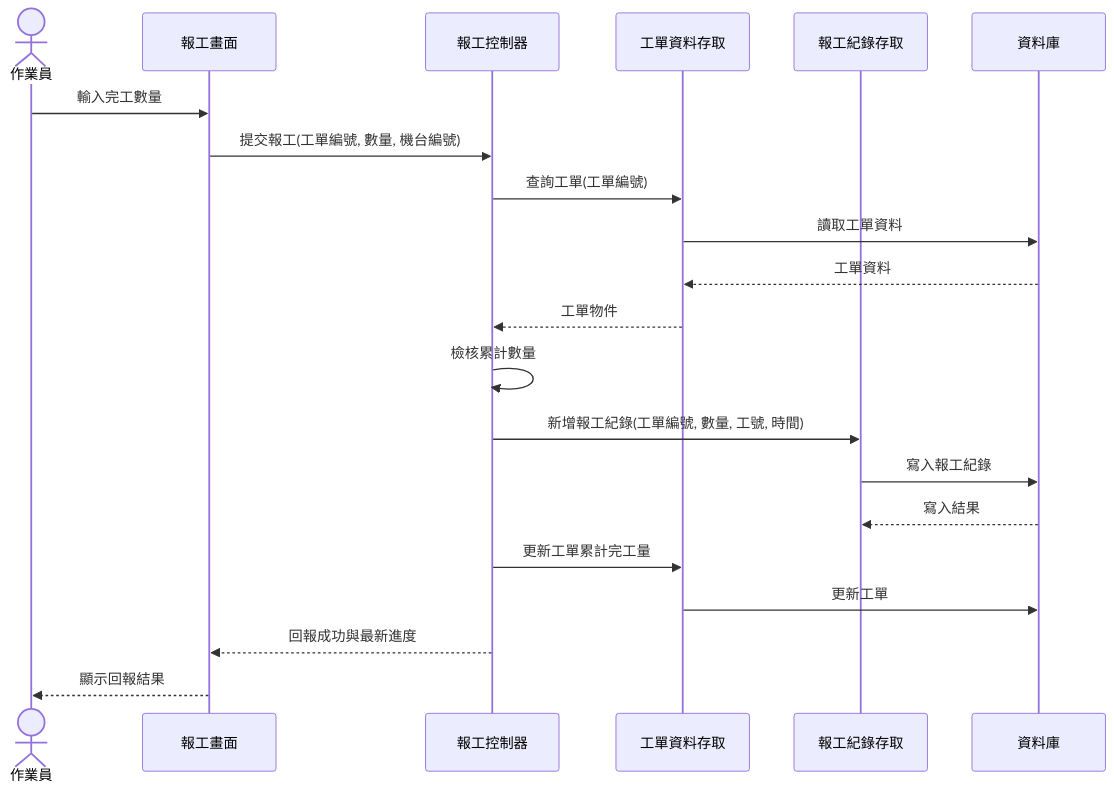
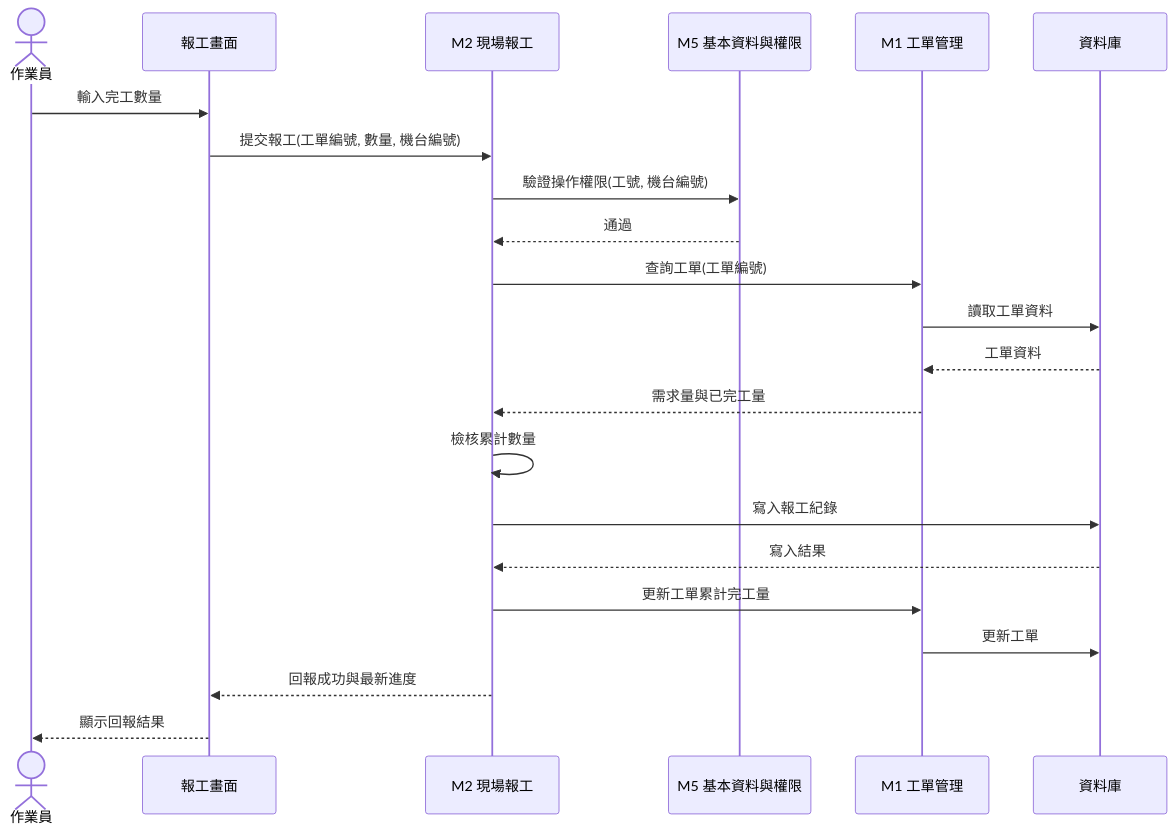
One commit to billy1125/system-analysis-and-design changed the sixth of 6 diagrams in 01-Course-Materials/Behavioral-Modeling.md. Above: the diagram before and after it, drawn with Mermaid. The commit also changed other lines of this file and 13 other files, not shown here.

````diff
--- a/01-Course-Materials/Behavioral-Modeling.md
+++ b/01-Course-Materials/Behavioral-Modeling.md
@@ -279,24 +279,25 @@
 ```mermaid
 sequenceDiagram
     actor OP as 作業員
     participant UI as 報工畫面
-    participant CTRL as 報工控制器
-    participant WO as 工單資料存取
-    participant REC as 報工紀錄存取
+    participant M2 as M2 現場報工
+    participant M5 as M5 基本資料與權限
+    participant M1 as M1 工單管理
     participant DB as 資料庫
 
     OP->>UI: 輸入完工數量
-    UI->>CTRL: 提交報工(工單編號, 數量, 機台編號)
-    CTRL->>WO: 查詢工單(工單編號)
-    WO->>DB: 讀取工單資料
-    DB-->>WO: 工單資料
-    WO-->>CTRL: 工單物件
-    CTRL->>CTRL: 檢核累計數量
-    CTRL->>REC: 新增報工紀錄(工單編號, 數量, 工號, 時間)
-    REC->>DB: 寫入報工紀錄
-    DB-->>REC: 寫入結果
-    CTRL->>WO: 更新工單累計完工量
-    WO->>DB: 更新工單
-    CTRL-->>UI: 回報成功與最新進度
+    UI->>M2: 提交報工(工單編號, 數量, 機台編號)
+    M2->>M5: 驗證操作權限(工號, 機台編號)
+    M5-->>M2: 通過
+    M2->>M1: 查詢工單(工單編號)
+    M1->>DB: 讀取工單資料
+    DB-->>M1: 工單資料
+    M1-->>M2: 需求量與已完工量
+    M2->>M2: 檢核累計數量
+    M2->>DB: 寫入報工紀錄
+    DB-->>M2: 寫入結果
+    M2->>M1: 更新工單累計完工量
+    M1->>DB: 更新工單
+    M2-->>UI: 回報成功與最新進度
     UI-->>OP: 顯示回報結果
 ```
````
